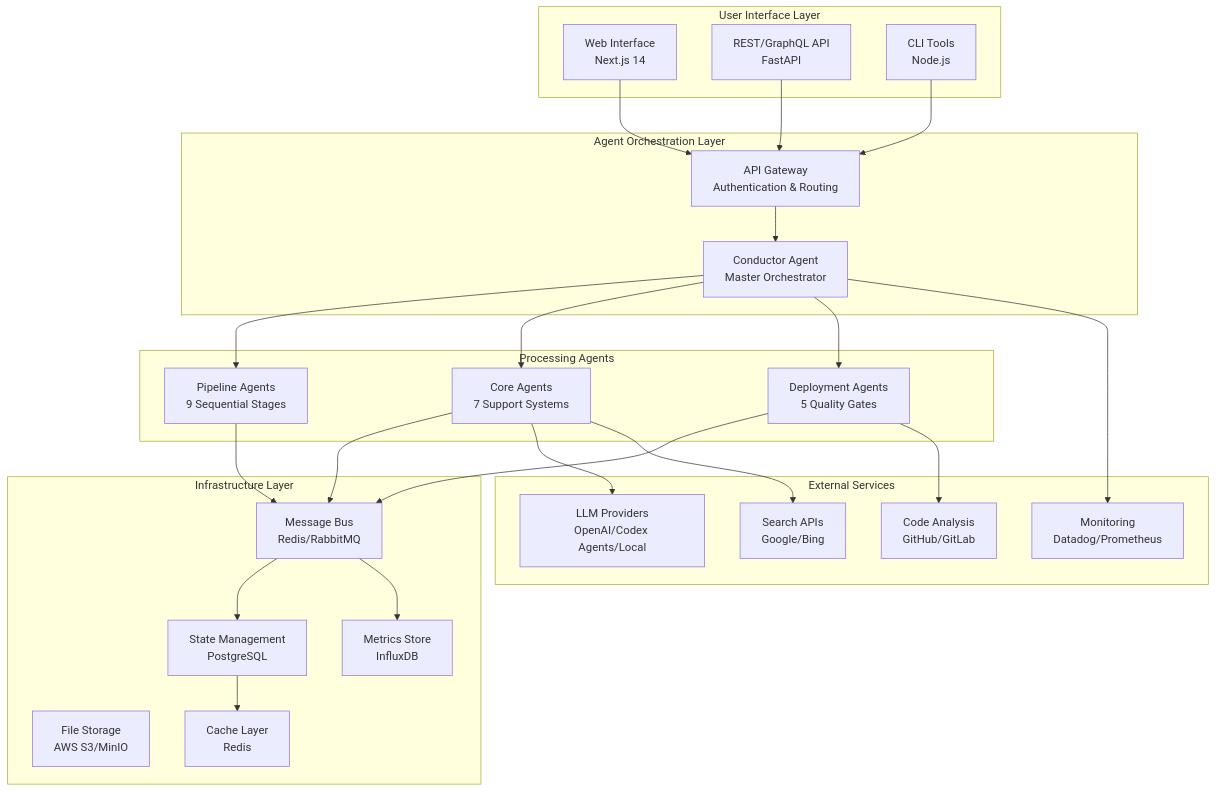
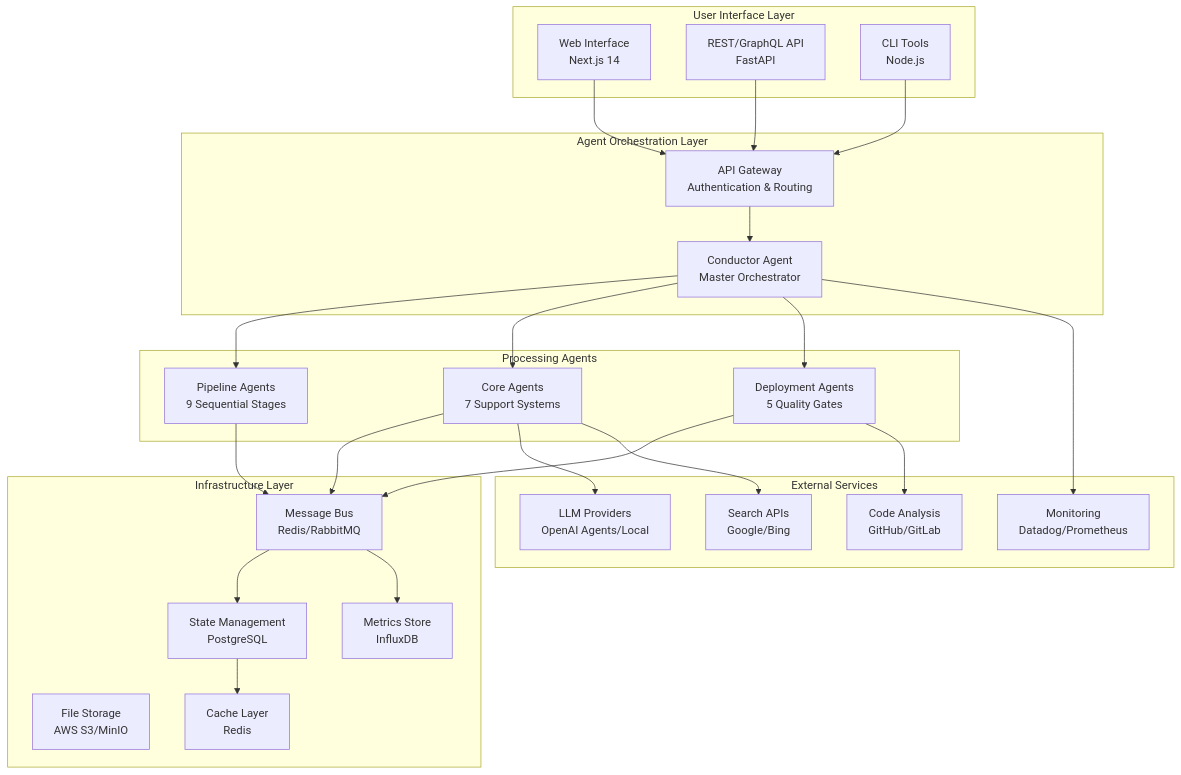
The first of 5 diagrams in docs/ARCHITECTURE.md (jeremybuehler/idea-2-startup), drawn with Mermaid before and after one commit. The commit also changed other lines of this file and 43 other files, not shown here.

````diff
--- a/docs/ARCHITECTURE.md
+++ b/docs/ARCHITECTURE.md
@@ -13,56 +13,56 @@
 ```mermaid
 graph TB
     subgraph "User Interface Layer"
         UI[Web Interface<br/>Next.js 14]
         API[REST/GraphQL API<br/>FastAPI]
         CLI[CLI Tools<br/>Node.js]
     end
     
     subgraph "Agent Orchestration Layer"
         Conductor[Conductor Agent<br/>Master Orchestrator]
         Gateway[API Gateway<br/>Authentication & Routing]
     end
     
     subgraph "Processing Agents"
         Pipeline[Pipeline Agents<br/>9 Sequential Stages]
         Core[Core Agents<br/>7 Support Systems]  
         Deploy[Deployment Agents<br/>5 Quality Gates]
     end
     
     subgraph "Infrastructure Layer"
         MessageBus[Message Bus<br/>Redis/RabbitMQ]
         StateStore[State Management<br/>PostgreSQL]
         FileStore[File Storage<br/>AWS S3/MinIO]
         MetricsDB[Metrics Store<br/>InfluxDB]
         Cache[Cache Layer<br/>Redis]
     end
     
     subgraph "External Services"
-        LLM[LLM Providers<br/>OpenAI/Codex Agents/Local]
+        LLM[LLM Providers<br/>OpenAI Agents/Local]
         Search[Search APIs<br/>Google/Bing]
         CodeGen[Code Analysis<br/>GitHub/GitLab]
         Monitor[Monitoring<br/>Datadog/Prometheus]
     end
     
     UI --> Gateway
     API --> Gateway
     CLI --> Gateway
     
     Gateway --> Conductor
     Conductor --> Pipeline
     Conductor --> Core
     Conductor --> Deploy
     
     Pipeline --> MessageBus
     Core --> MessageBus
     Deploy --> MessageBus
     
     MessageBus --> StateStore
     MessageBus --> MetricsDB
     StateStore --> Cache
     
     Core --> LLM
     Core --> Search
     Deploy --> CodeGen
     Conductor --> Monitor
 ```
````
